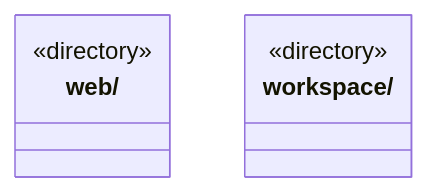
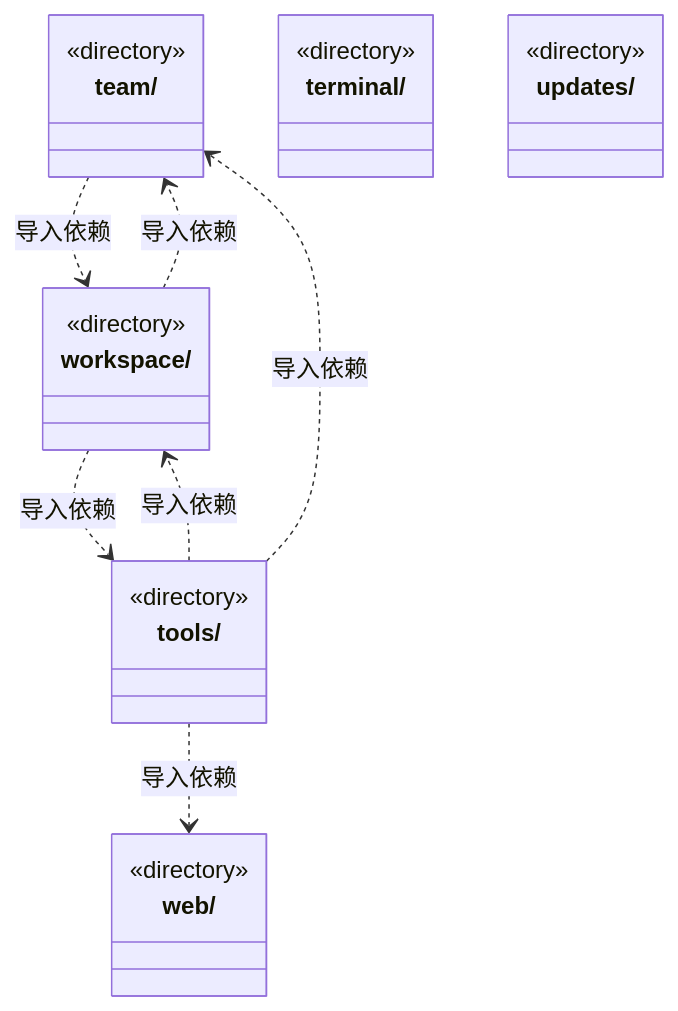
One commit to nan023062/cbim changed the fourth of 4 diagrams in src/logic/ARCHITECTURE.md. Above: the diagram before and after it, drawn with Mermaid. The commit also changed other lines of this file and 657 other files, not shown here.

````diff
--- a/src/logic/ARCHITECTURE.md
+++ b/src/logic/ARCHITECTURE.md
@@ -104,9 +110,27 @@
 ```mermaid
 classDiagram
+class N_src_logic_team["team/"] {
+  <<directory>>
+}
+class N_src_logic_terminal["terminal/"] {
+  <<directory>>
+}
+class N_src_logic_tools["tools/"] {
+  <<directory>>
+}
+class N_src_logic_updates["updates/"] {
+  <<directory>>
+}
 class N_src_logic_web["web/"] {
   <<directory>>
 }
 class N_src_logic_workspace["workspace/"] {
   <<directory>>
 }
+N_src_logic_team ..> N_src_logic_workspace : 导入依赖
+N_src_logic_tools ..> N_src_logic_workspace : 导入依赖
+N_src_logic_tools ..> N_src_logic_team : 导入依赖
+N_src_logic_tools ..> N_src_logic_web : 导入依赖
+N_src_logic_workspace ..> N_src_logic_team : 导入依赖
+N_src_logic_workspace ..> N_src_logic_tools : 导入依赖
 ```
````
